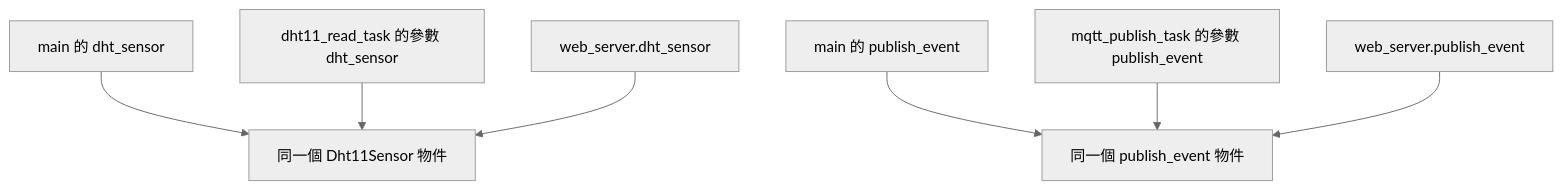
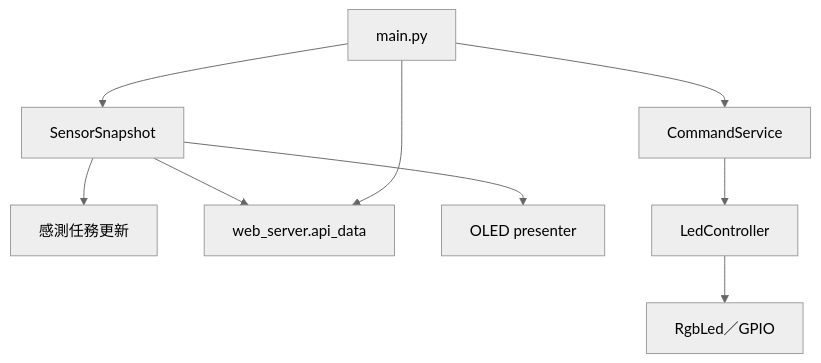
Before and after one commit to change918418-tech/IoT_Course: the third of 12 diagrams in WEB_UI_EXECUTION_GUIDE.md, drawn with Mermaid (neutral theme). The commit also changed other lines of this file and 25 other files, not shown here.

Commit message:
feat: integrate P1 sensor and LED command services

````diff
--- a/WEB_UI_EXECUTION_GUIDE.md
+++ b/WEB_UI_EXECUTION_GUIDE.md
@@ -122,11 +117,11 @@
 ```mermaid
 flowchart TB
-    DHT[同一個 Dht11Sensor 物件]
-    MainDHT[main 的 dht_sensor] --> DHT
-    TaskDHT[dht11_read_task 的參數 dht_sensor] --> DHT
-    WebDHT[web_server.dht_sensor] --> DHT
-    E[同一個 publish_event 物件]
-    MainE[main 的 publish_event] --> E
-    TaskE[mqtt_publish_task 的參數 publish_event] --> E
-    WebE[web_server.publish_event] --> E
+    Snapshot[SensorSnapshot] --> Task[感測任務更新]
+    Snapshot --> Web[web_server.api_data]
+    Snapshot --> OLED[OLED presenter]
+    Command[CommandService] --> Controller[LedController]
+    Controller --> Driver[RgbLed／GPIO]
+    Main[main.py] --> Snapshot
+    Main --> Command
+    Main --> Web
 ```
````
